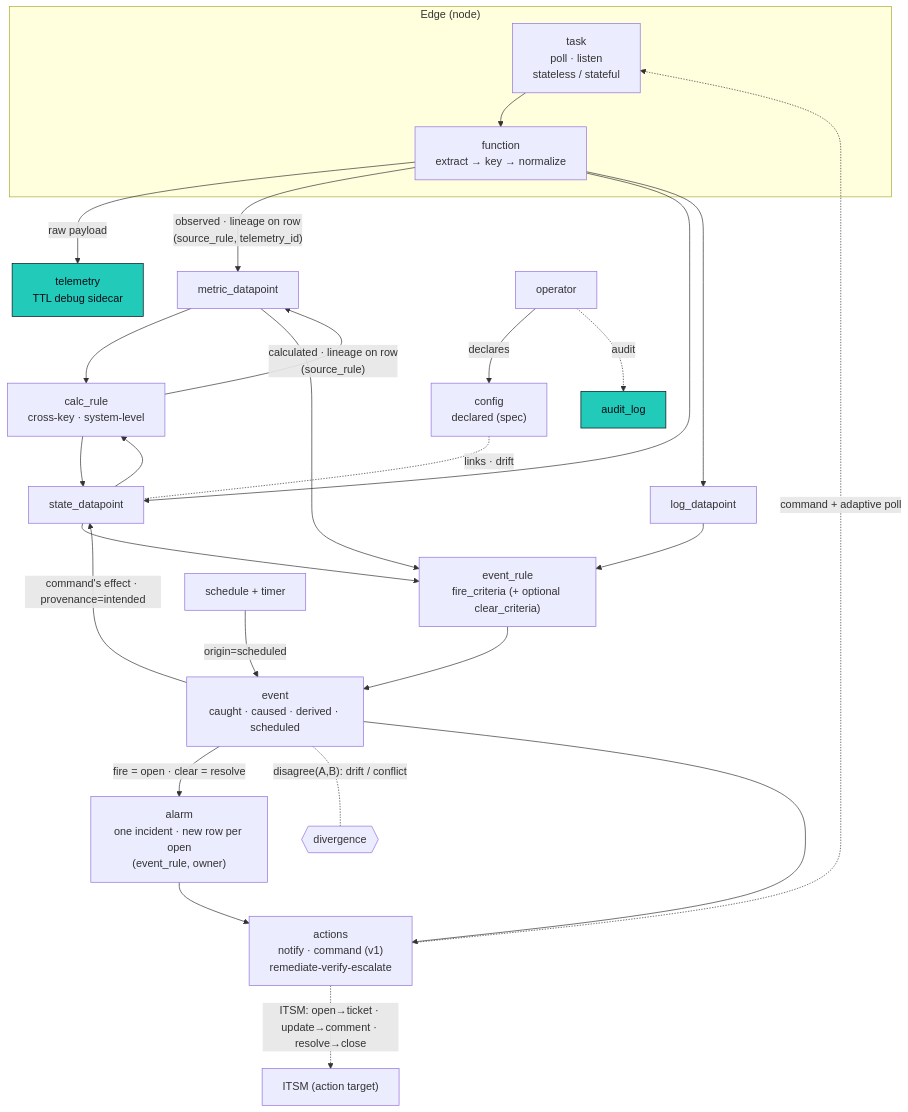
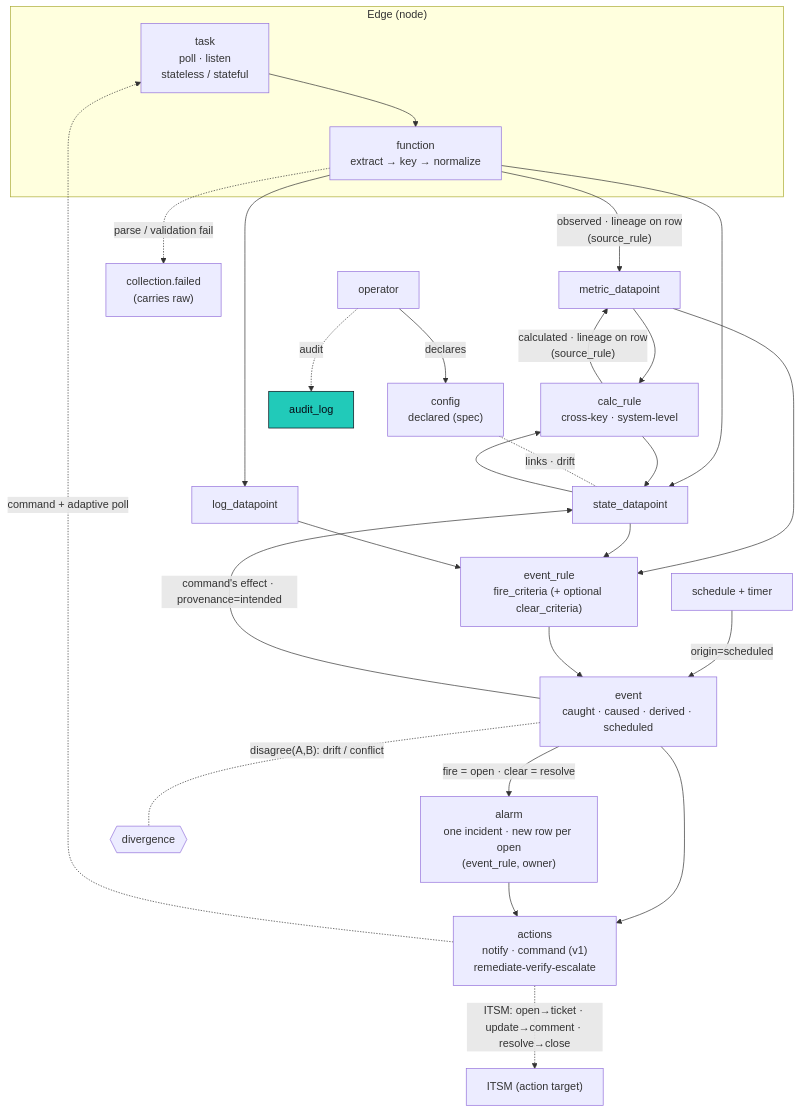
One commit to hyperscaleav/omniglass changed the diagram in docs/src/content/docs/architecture/taxonomy.md. Above: the diagram before and after it, drawn with Mermaid. The commit also changed other lines of this file and 8 other files, not shown here.

First line of the commit message:
docs(architecture): drop the telemetry table; raw only on failure + dev tap

````diff
--- a/docs/src/content/docs/architecture/taxonomy.md
+++ b/docs/src/content/docs/architecture/taxonomy.md
@@ -248,41 +248,41 @@
 ```mermaid
 flowchart TD
   subgraph edge["Edge (node)"]
     TASK["task<br/>poll · listen<br/>stateless / stateful"]
     FLOW["function<br/>extract → key → normalize"]
     TASK --> FLOW
   end
 
-  FLOW -->|"raw payload"| TEL["telemetry<br/>TTL debug sidecar"]
-  FLOW -->|"observed · lineage on row<br/>(source_rule, telemetry_id)"| M["metric_datapoint"]
+  FLOW -->|"observed · lineage on row<br/>(source_rule)"| M["metric_datapoint"]
+  FLOW -.->|"parse / validation fail"| CF["collection.failed<br/>(carries raw)"]
   FLOW --> S["state_datapoint"]
   FLOW --> L["log_datapoint"]
 
   M --> CALC["calc_rule<br/>cross-key · system-level"]
   S --> CALC
   CALC -->|"calculated · lineage on row<br/>(source_rule)"| M
   CALC --> S
 
   M --> ER["event_rule<br/>fire_criteria (+ optional clear_criteria)"]
   S --> ER
   L --> ER
   SCH["schedule + timer"] -->|"origin=scheduled"| EV
   ER --> EV["event<br/>caught · caused · derived · scheduled"]
 
   EV -->|"fire = open · clear = resolve"| AL["alarm<br/>one incident · new row per open<br/>(event_rule, owner)"]
   EV -->|"command's effect · provenance=intended"| S
 
   HUMAN["operator"] -->|"declares"| VAR["config<br/>declared (spec)"]
   VAR -. "links · drift" .- S
   HUMAN -.->|"audit"| AU["audit_log"]
 
   EV -. "disagree(A,B): drift / conflict" .- DIV{{"divergence"}}
 
   EV --> ACT["actions<br/>notify · command (v1)<br/>remediate-verify-escalate"]
   AL --> ACT
   ACT -.->|"ITSM: open→ticket · update→comment · resolve→close"| ITSM["ITSM (action target)"]
   ACT -.->|"command + adaptive poll"| TASK
 
   classDef gt fill:#21CAB9,stroke:#080c16,color:#080c16;
-  class TEL,AU gt;
+  class AU gt;
 ```
````
